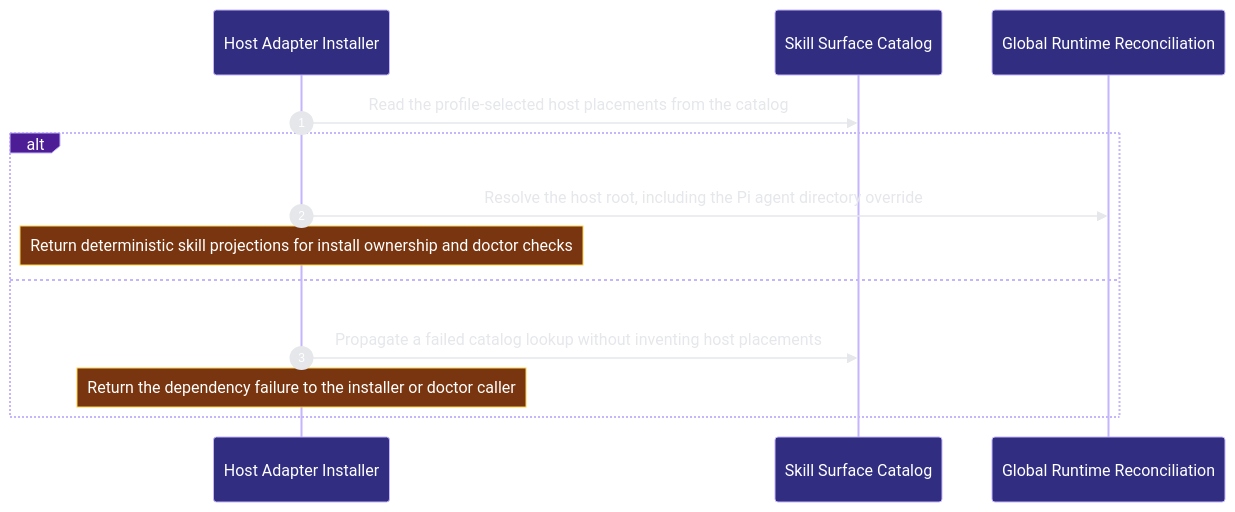
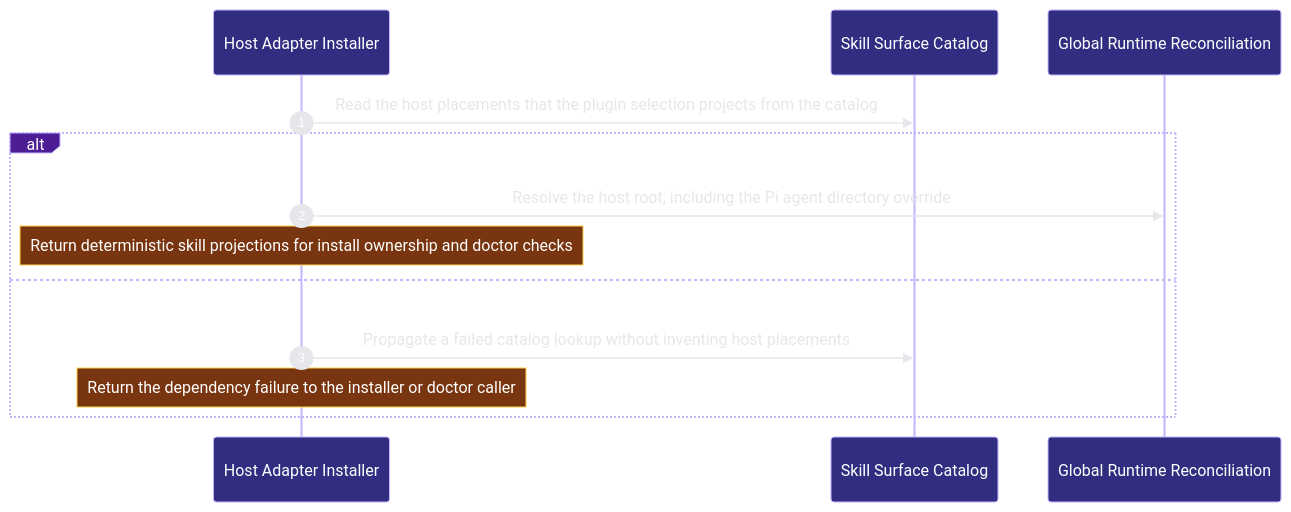
Before and after one commit to Ancienttwo/repo-harness: the fourth of 5 diagrams in docs/architecture/modules/runtime-harness/hook-adapters.md, drawn with Mermaid. The commit also changed other lines of this file and 14 other files, not shown here.

First line of the commit message:
chore(projection): refresh generated architecture outputs for main@ccdc0587af67

````diff
--- a/docs/architecture/modules/runtime-harness/hook-adapters.md
+++ b/docs/architecture/modules/runtime-harness/hook-adapters.md
@@ -181,16 +188,16 @@
 ```mermaid
 %%{init: {"theme":"base","themeVariables":{"background":"#0d1117","actorBkg":"#312e81","actorBorder":"#c4b5fd","actorTextColor":"#ffffff","signalColor":"#e5e7eb","signalTextColor":"#e5e7eb","labelBoxBkgColor":"#4c1d95","labelBoxBorderColor":"#c4b5fd","labelTextColor":"#ffffff","noteBkgColor":"#78350f","noteBorderColor":"#fcd34d","noteTextColor":"#ffffff","sequenceNumberColor":"#ffffff"}}}%%
 sequenceDiagram
   autonumber
   participant p2_host_installer_e130a8f7 as Host Adapter Installer
   participant p2_skill_catalog_b1d75afa as Skill Surface Catalog
   participant p2_host_roots_8332e696 as Global Runtime Reconciliation
-  p2_host_installer_e130a8f7->>p2_skill_catalog_b1d75afa: Read the profile-selected host placements from the catalog
+  p2_host_installer_e130a8f7->>p2_skill_catalog_b1d75afa: Read the host placements that the plugin selection projects from the catalog
   alt Each selected skill has one source and destination per host
   p2_host_installer_e130a8f7->>p2_host_roots_8332e696: Resolve the host root#44; including the Pi agent directory override
     Note over p2_host_installer_e130a8f7: Return deterministic skill projections for install ownership and doctor checks
   else A dependency failure interrupts the projection
   p2_host_installer_e130a8f7->>p2_skill_catalog_b1d75afa: Propagate a failed catalog lookup without inventing host placements
     Note over p2_host_installer_e130a8f7: Return the dependency failure to the installer or doctor caller
   end
 ```
````
